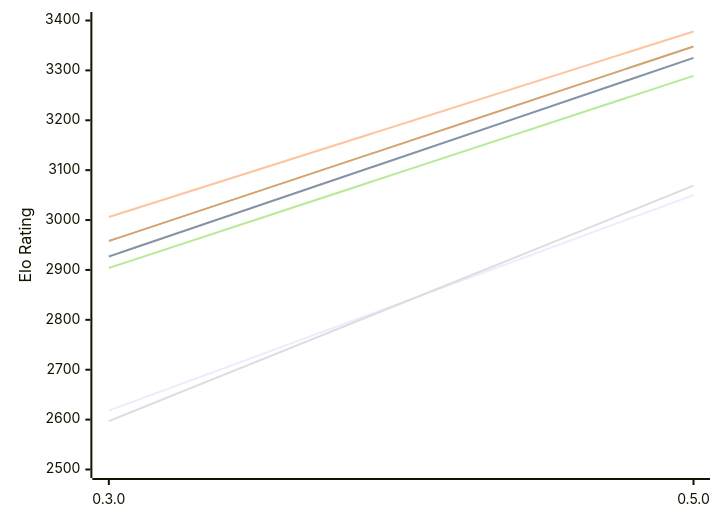
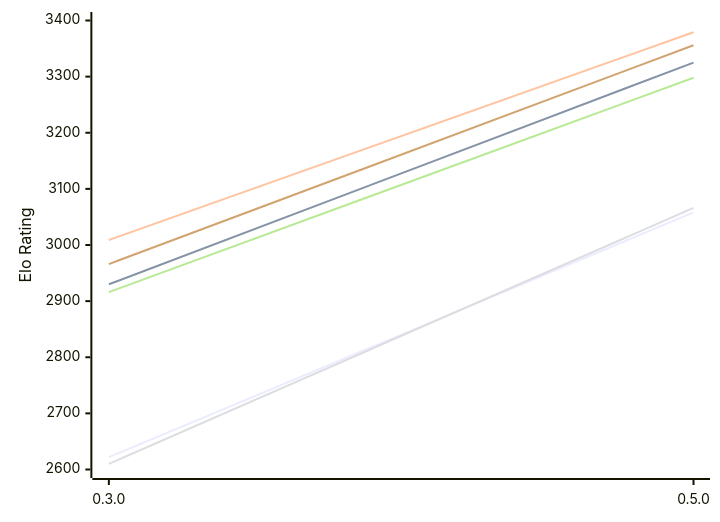
Before and after one commit to computer-chess-index/cci: the diagram in engines/Crustik.md, drawn with Mermaid. The commit also changed other lines of this file, not shown here.

Commit message:
Update CCI Ratings (ELO VLTC) - 2026-11-25

````diff
--- a/engines/Crustik.md
+++ b/engines/Crustik.md
@@ -49,12 +49,12 @@
 ```mermaid
 %%{init: {"theme":"base","themeVariables":{"seriesColors:['#a3a3a3','#222221','#faa371']}}}%%
 xychart-beta
   x-axis ["0.3.0", "0.5.0"]
-  y-axis "Elo Rating" 2500 --> 3400
-  line "E1: STC (8.0+0.08s)" [2618, 3050]
-  line "E1: LTC (60.0+0.60s)" [2927, 3325]
-  line "E1: VLTC (2m24s+1.12s)" [3006, 3378]
-  line "P1: STC (8.0+0.08s)" [2597, 3069]
-  line "P1: LTC (60.0+0.60s)" [2904, 3289]
-  line "P1: VLTC (2m24s+1.12s)" [2958, 3348]
+  y-axis "Elo Rating" 2600 --> 3400
+  line "E1: STC (8.0+0.08s)" [2622, 3058]
+  line "E1: LTC (60.0+0.60s)" [2930, 3325]
+  line "E1: VLTC (2m24s+1.12s)" [3009, 3379]
+  line "P1: STC (8.0+0.08s)" [2610, 3066]
+  line "P1: LTC (60.0+0.60s)" [2916, 3298]
+  line "P1: VLTC (2m24s+1.12s)" [2966, 3356]
 ```
````
